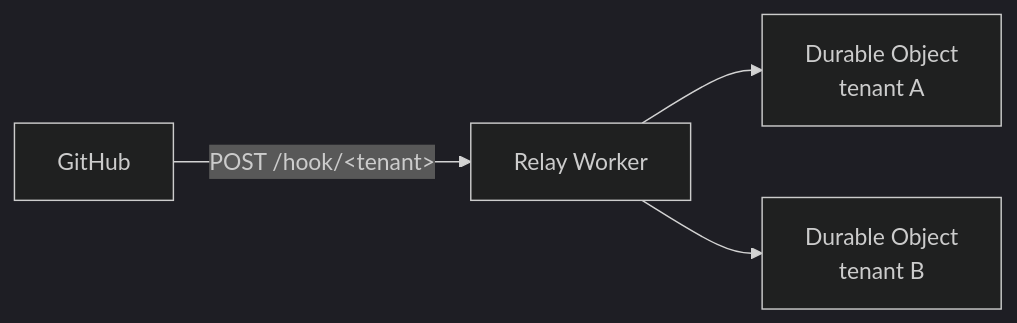
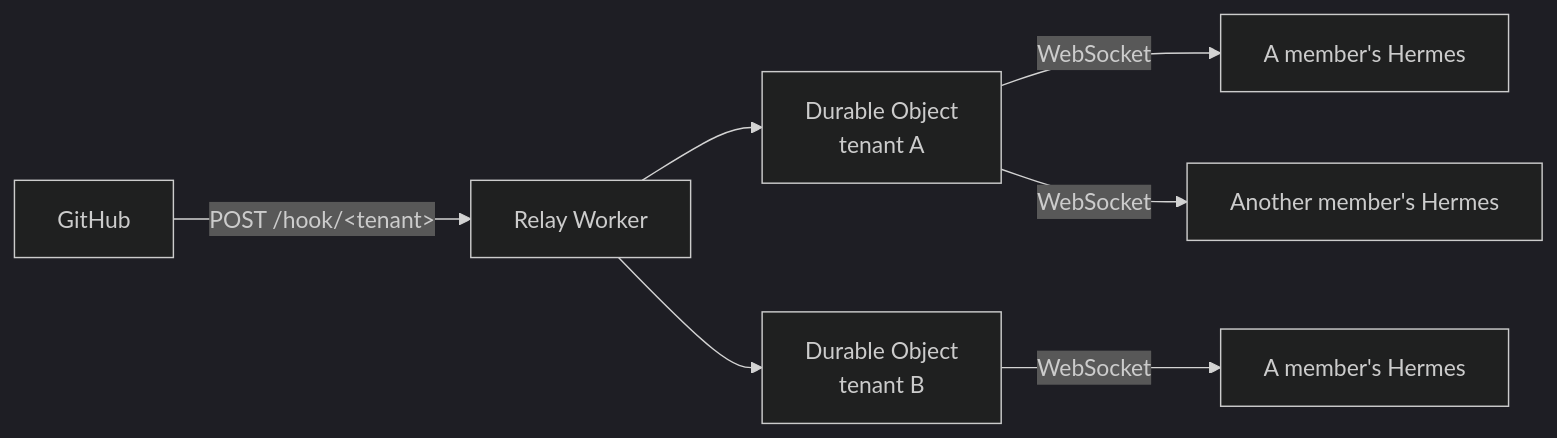
Before and after one commit to bojanrajkovic/hermes: the first of 4 diagrams in plans/relay.md, drawn with Mermaid (dark theme). The commit also changed other lines of this file and 5 other files, not shown here.

````diff
--- a/plans/relay.md
+++ b/plans/relay.md
@@ -5,6 +5,9 @@
 ```mermaid
 graph LR
     G[GitHub] -->|"POST /hook/#lt;tenant#gt;"| W[Relay Worker]
     W --> T1["Durable Object<br/>tenant A"]
     W --> T2["Durable Object<br/>tenant B"]
+    T1 -->|WebSocket| M1["A member's Hermes"]
+    T1 -->|WebSocket| M2["Another member's Hermes"]
+    T2 -->|WebSocket| M3["A member's Hermes"]
 ```
````
